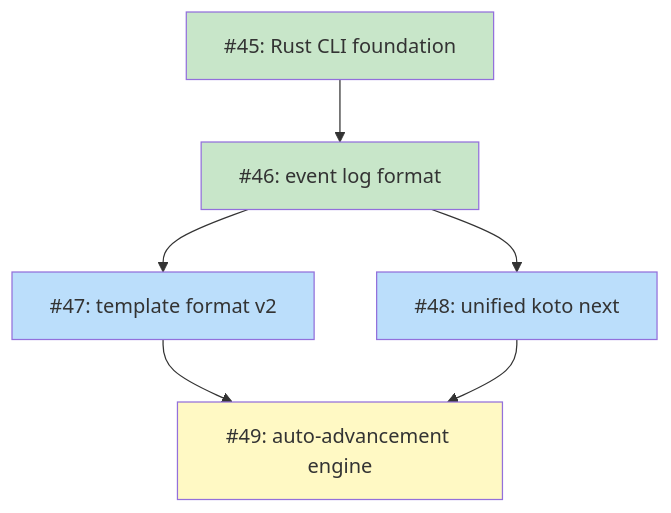
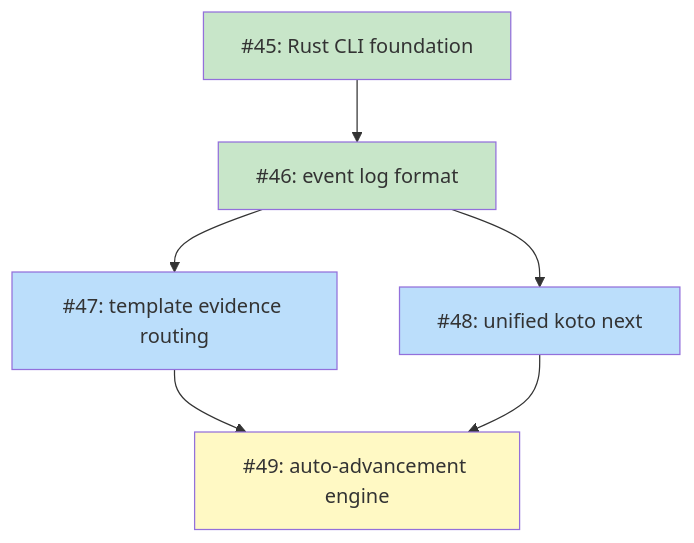
Before and after one commit to tsukumogami/koto: the diagram in docs/plans/PLAN-unified-koto-next.md, drawn with Mermaid. The commit also changed other lines of this file and 1 other file, not shown here.

First line of the commit message:
docs: rename template format v2 to template evidence routing

````diff
--- a/docs/plans/PLAN-unified-koto-next.md
+++ b/docs/plans/PLAN-unified-koto-next.md
@@ -49,28 +49,28 @@
 ```mermaid
 graph TD
     I45["#45: Rust CLI foundation"]
     I46["#46: event log format"]
-    I47["#47: template format v2"]
+    I47["#47: template evidence routing"]
     I48["#48: unified koto next"]
     I49["#49: auto-advancement engine"]
 
     I45 --> I46
     I46 --> I47
     I46 --> I48
     I47 --> I49
     I48 --> I49
 
     classDef done fill:#c8e6c9
     classDef ready fill:#bbdefb
     classDef blocked fill:#fff9c4
     classDef needsDesign fill:#e1bee7
     classDef needsPrd fill:#b3e5fc
     classDef needsSpike fill:#ffcdd2
     classDef needsDecision fill:#d1c4e9
     classDef tracksDesign fill:#FFE0B2,stroke:#F57C00,color:#000
     classDef tracksPlan fill:#FFE0B2,stroke:#F57C00,color:#000
 
     class I45,I46 done
     class I47,I48 ready
     class I49 blocked
 ```
````
